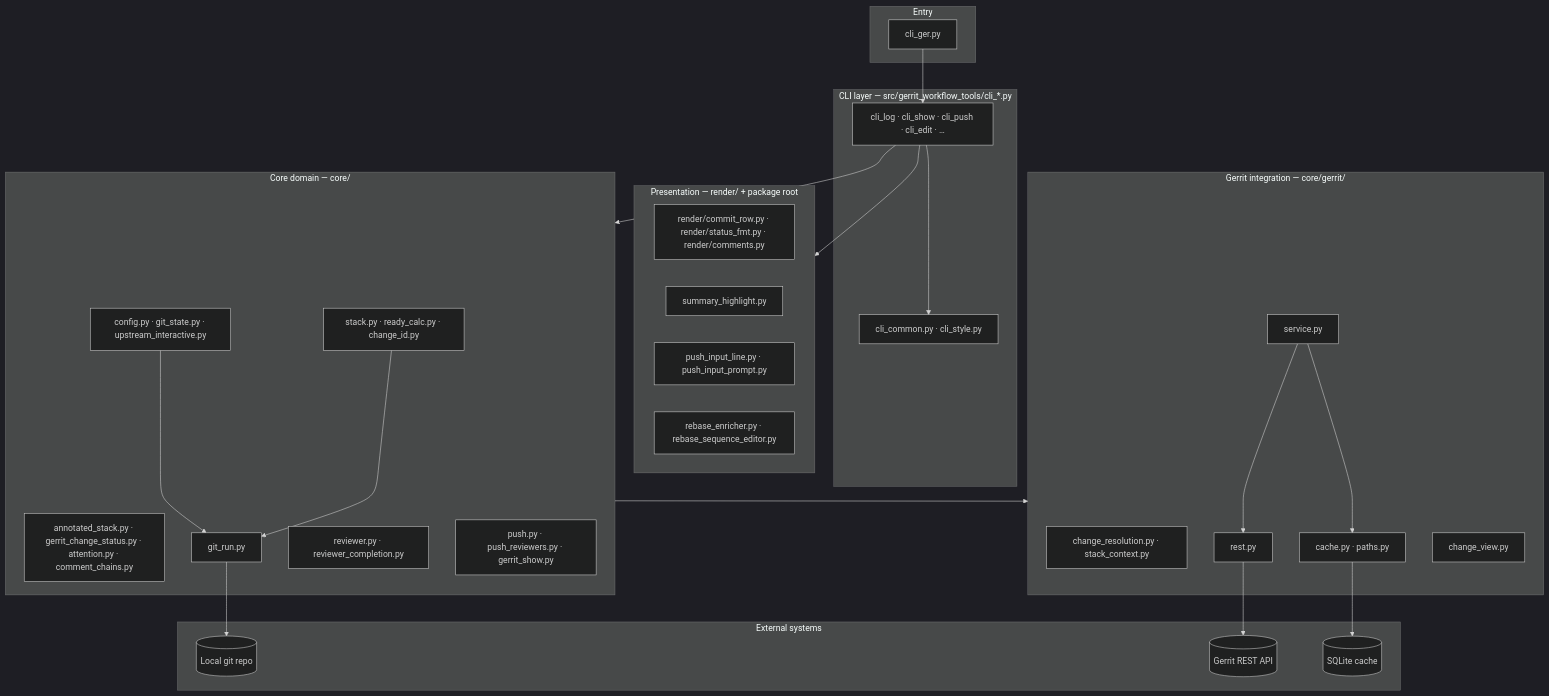
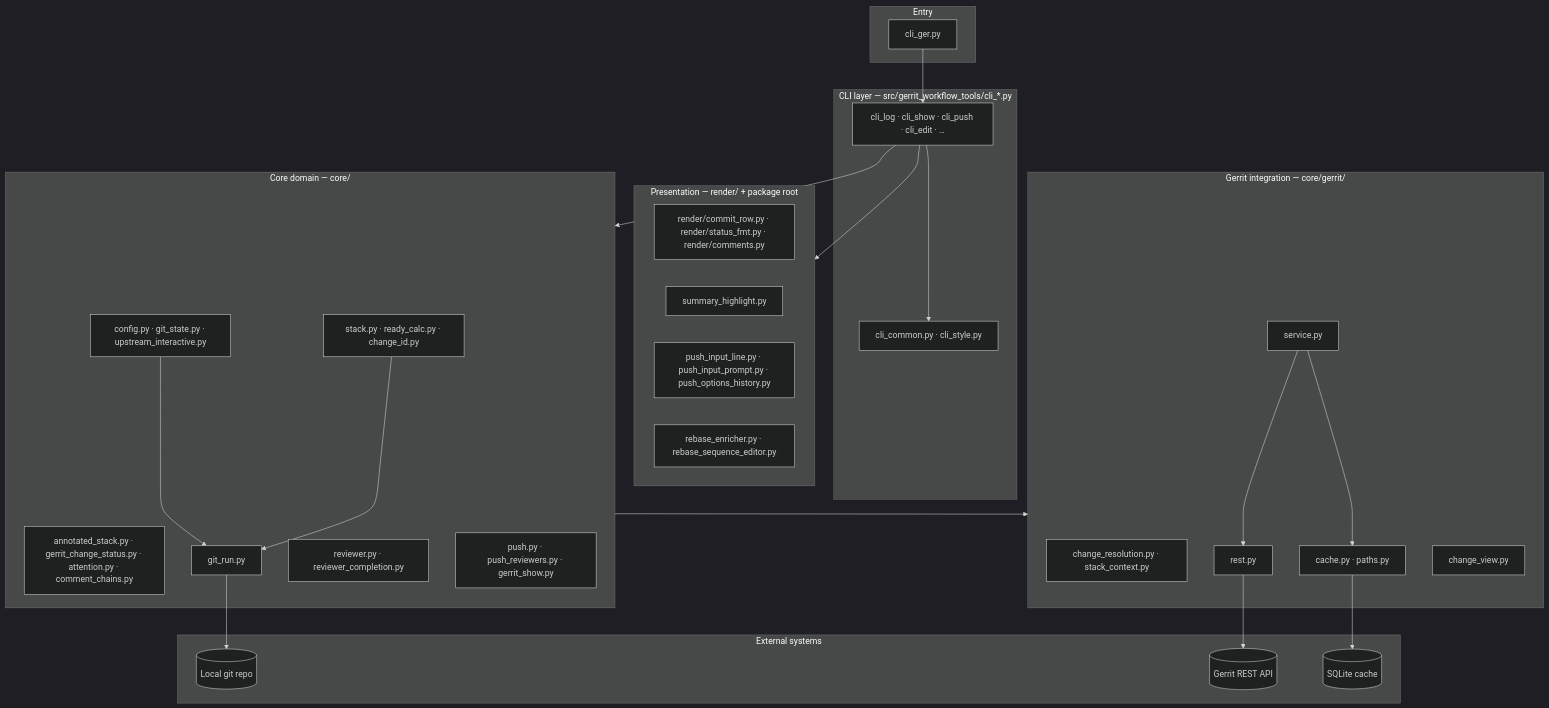
The first of 8 diagrams in docu/architecture.md (togrue/gerrit-workflow-tools), drawn with Mermaid (dark theme) before and after one commit. The commit also changed other lines of this file and 9 other files, not shown here.

First line of the commit message:
Make the push confirmation a single push-options line

````diff
--- a/docu/architecture.md
+++ b/docu/architecture.md
@@ -29,54 +29,54 @@
 ```mermaid
 flowchart TB
   subgraph entry [Entry]
     ger[cli_ger.py]
   end
 
   subgraph cli [CLI layer — src/gerrit_workflow_tools/cli_*.py]
     common[cli_common.py · cli_style.py]
     commands[cli_log · cli_show · cli_push · cli_edit · …]
   end
 
   subgraph presentation [Presentation — render/ + package root]
     render[render/commit_row.py · render/status_fmt.py · render/comments.py]
     highlight[summary_highlight.py]
-    push_ui[push_input_line.py · push_input_prompt.py]
+    push_ui[push_input_line.py · push_input_prompt.py · push_options_history.py]
     rebase_hook[rebase_enricher.py · rebase_sequence_editor.py]
   end
 
   subgraph core [Core domain — core/]
     stack[stack.py · ready_calc.py · change_id.py]
     status[annotated_stack.py · gerrit_change_status.py · attention.py · comment_chains.py]
     config[config.py · git_state.py · upstream_interactive.py]
     git[git_run.py]
     reviewers[reviewer.py · reviewer_completion.py]
     push_core[push.py · push_reviewers.py · gerrit_show.py]
   end
 
   subgraph gerrit [Gerrit integration — core/gerrit/]
     resolution[change_resolution.py · stack_context.py]
     service[service.py]
     rest[rest.py]
     cache[cache.py · paths.py]
     view[change_view.py]
   end
 
   subgraph external [External systems]
     git_repo[(Local git repo)]
     gerrit_api[(Gerrit REST API)]
     sqlite[(SQLite cache)]
   end
 
   ger --> commands
   commands --> common
   commands --> core
   commands --> presentation
   core --> gerrit
   service --> rest
   service --> cache
   rest --> gerrit_api
   cache --> sqlite
   stack --> git
   config --> git
   git --> git_repo
 ```
````
